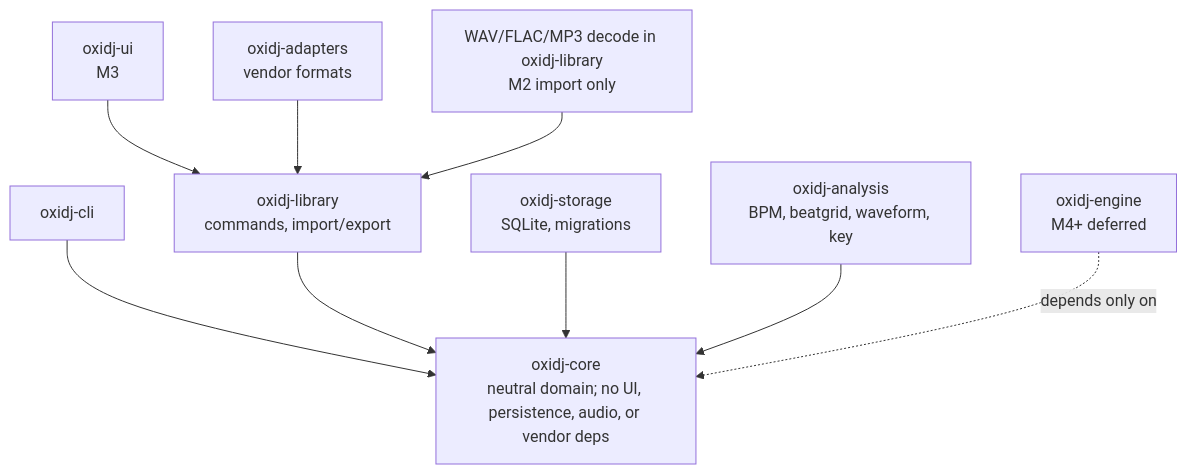
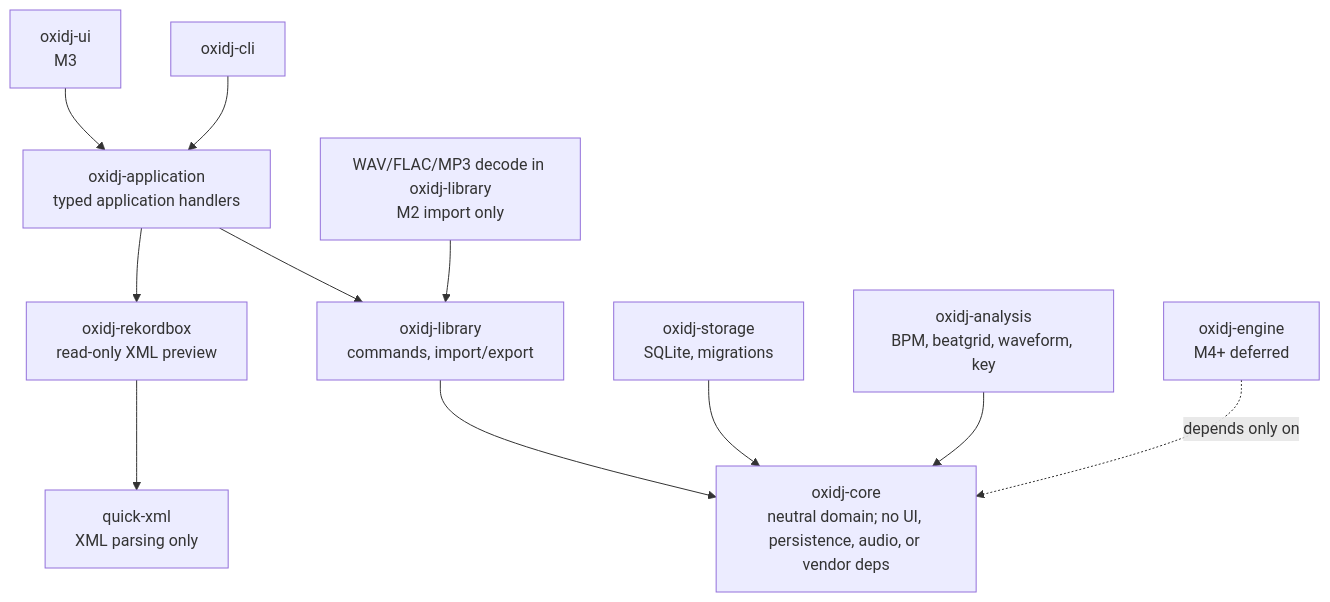
The diagram in docs/adr/004-crate-boundaries.md (Senci/oxidj), drawn with Mermaid before and after one commit. The commit also changed other lines of this file, not shown here.

Commit message:
docs(adr): clarify read-only adapter preview boundary
cargo xtask ci-full — exit 0 (layers, fmt, clippy, check, workspace tests, deny licenses)

````diff
--- a/docs/adr/004-crate-boundaries.md
+++ b/docs/adr/004-crate-boundaries.md
@@ -27,11 +27,13 @@
 ```mermaid
 flowchart TB
-    cli["oxidj-cli"] --> core["oxidj-core<br/>neutral domain; no UI, persistence, audio, or vendor deps"]
-    ui["oxidj-ui<br/>M3"] --> library["oxidj-library<br/>commands, import/export"]
-    library --> core
-    adapters["oxidj-adapters<br/>vendor formats"] --> library
+    cli["oxidj-cli"] --> app["oxidj-application<br/>typed application handlers"]
+    ui["oxidj-ui<br/>M3"] --> app
+    app --> library["oxidj-library<br/>commands, import/export"]
+    app --> adapters["oxidj-rekordbox<br/>read-only XML preview"]
+    library --> core["oxidj-core<br/>neutral domain; no UI, persistence, audio, or vendor deps"]
+    adapters --> xml["quick-xml<br/>XML parsing only"]
     storage["oxidj-storage<br/>SQLite, migrations"] --> core
     analysis["oxidj-analysis<br/>BPM, beatgrid, waveform, key"] --> core
     audio["WAV/FLAC/MP3 decode in oxidj-library<br/>M2 import only"] --> library
     engine["oxidj-engine<br/>M4+ deferred"] -. "depends only on" .-> core
 ```
````
